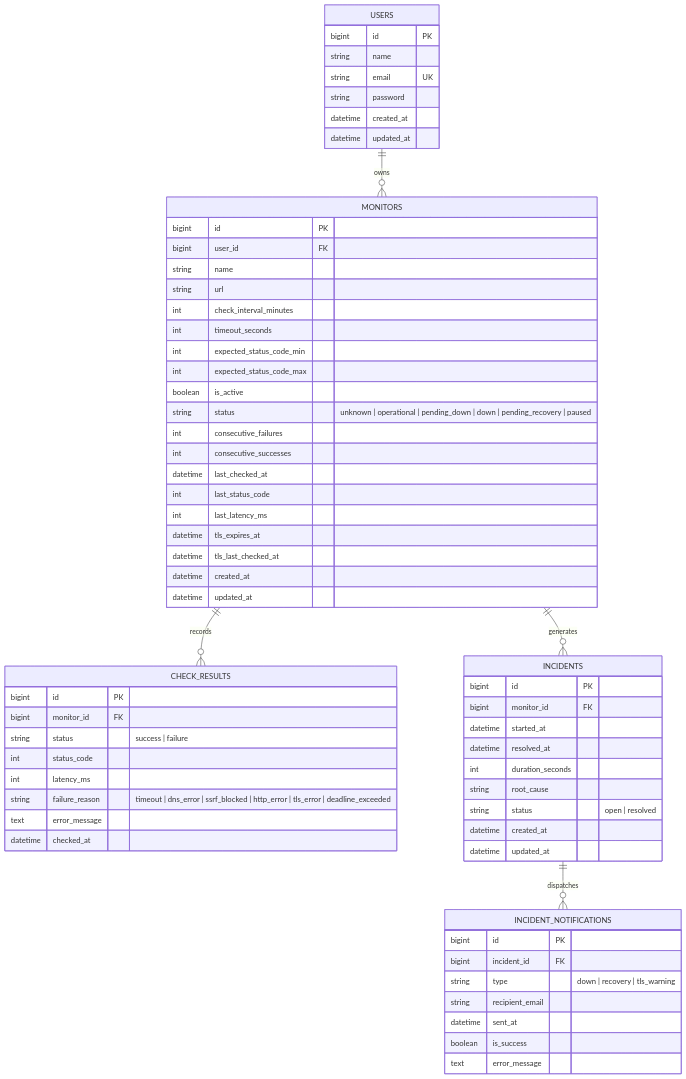
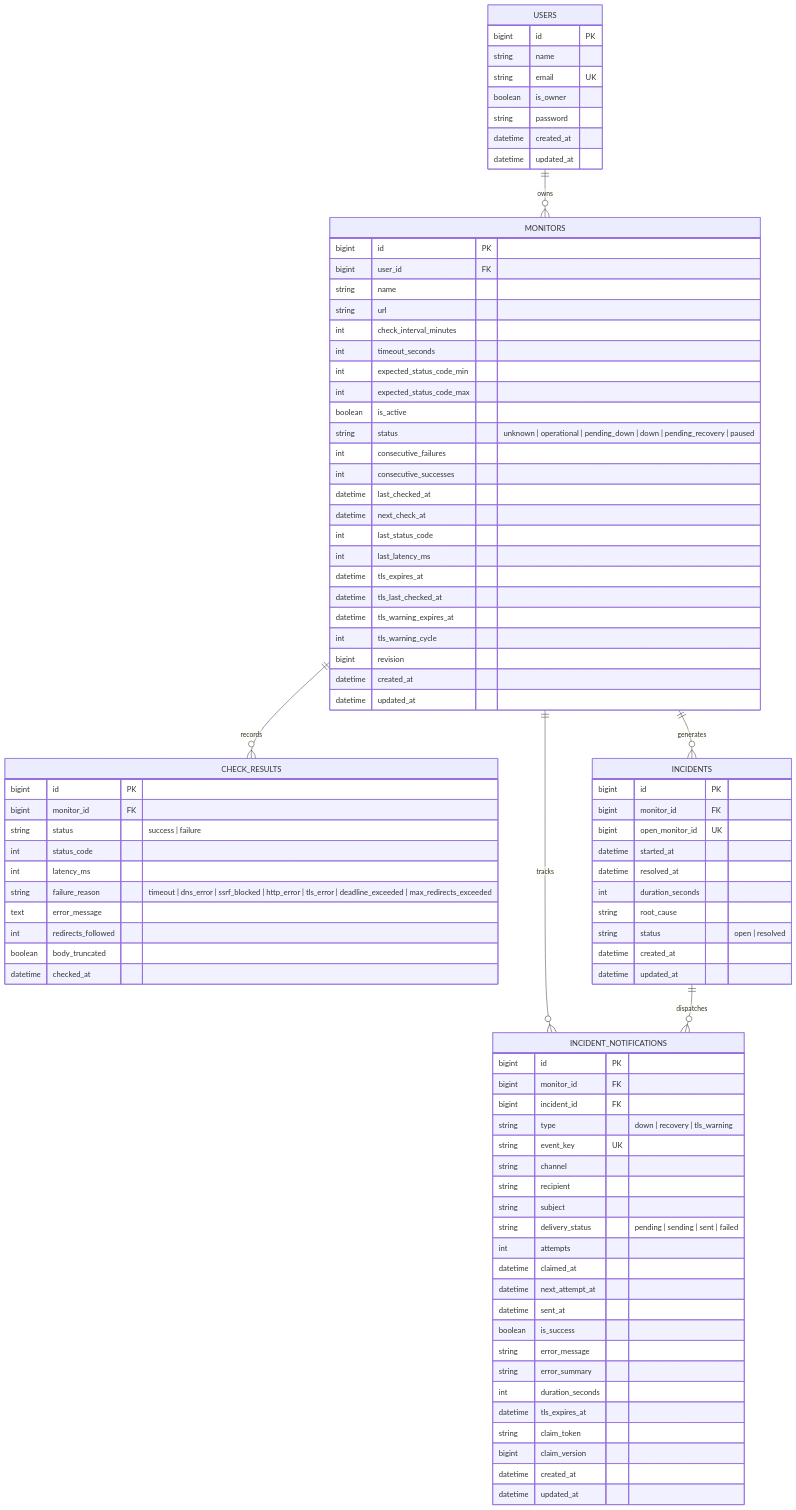
One commit to ayjed/SitePulse changed the second of 2 diagrams in docs/ARCHITECTURE.md. Above: the diagram before and after it, drawn with Mermaid. The commit also changed 37 other files, not shown here.

````diff
--- a/docs/ARCHITECTURE.md
+++ b/docs/ARCHITECTURE.md
@@ -134,12 +134,14 @@
     USERS ||--o{ MONITORS : owns
     MONITORS ||--o{ CHECK_RESULTS : records
     MONITORS ||--o{ INCIDENTS : generates
+    MONITORS ||--o{ INCIDENT_NOTIFICATIONS : tracks
     INCIDENTS ||--o{ INCIDENT_NOTIFICATIONS : dispatches
 
     USERS {
         bigint id PK
         string name
         string email UK
+        boolean is_owner
         string password
         datetime created_at
         datetime updated_at
@@ -159,10 +161,14 @@
         int consecutive_failures
         int consecutive_successes
         datetime last_checked_at
+        datetime next_check_at
         int last_status_code
         int last_latency_ms
         datetime tls_expires_at
         datetime tls_last_checked_at
+        datetime tls_warning_expires_at
+        int tls_warning_cycle
+        bigint revision
         datetime created_at
         datetime updated_at
     }
@@ -173,14 +179,17 @@
         string status "success | failure"
         int status_code
         int latency_ms
-        string failure_reason "timeout | dns_error | ssrf_blocked | http_error | tls_error | deadline_exceeded"
+        string failure_reason "timeout | dns_error | ssrf_blocked | http_error | tls_error | deadline_exceeded | max_redirects_exceeded"
         text error_message
+        int redirects_followed
+        boolean body_truncated
         datetime checked_at
     }
 
     INCIDENTS {
         bigint id PK
         bigint monitor_id FK
+        bigint open_monitor_id UK
         datetime started_at
         datetime resolved_at
         int duration_seconds
@@ -192,11 +201,26 @@
 
     INCIDENT_NOTIFICATIONS {
         bigint id PK
+        bigint monitor_id FK
         bigint incident_id FK
         string type "down | recovery | tls_warning"
-        string recipient_email
+        string event_key UK
+        string channel
+        string recipient
+        string subject
+        string delivery_status "pending | sending | sent | failed"
+        int attempts
+        datetime claimed_at
+        datetime next_attempt_at
         datetime sent_at
         boolean is_success
-        text error_message
+        string error_message
+        string error_summary
+        int duration_seconds
+        datetime tls_expires_at
+        string claim_token
+        bigint claim_version
+        datetime created_at
+        datetime updated_at
     }
 ```
````
